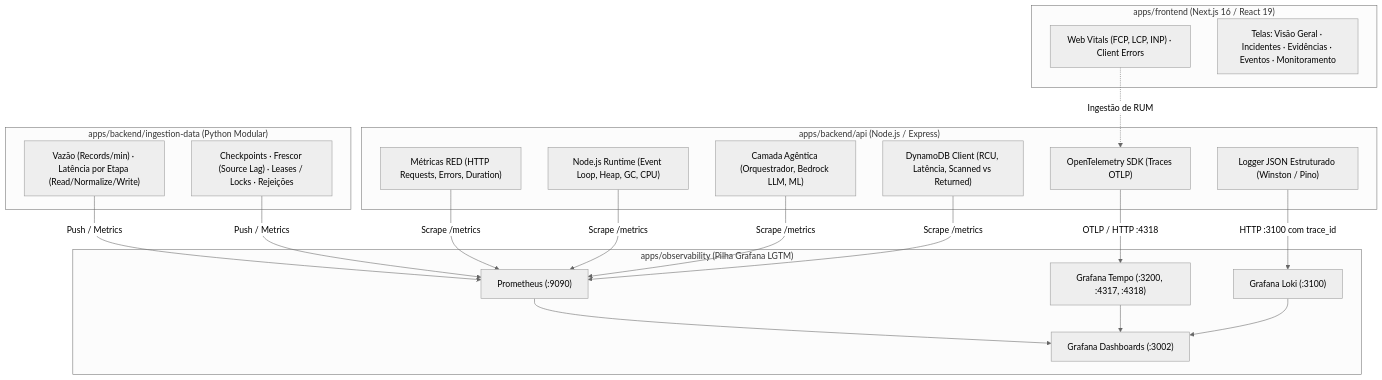
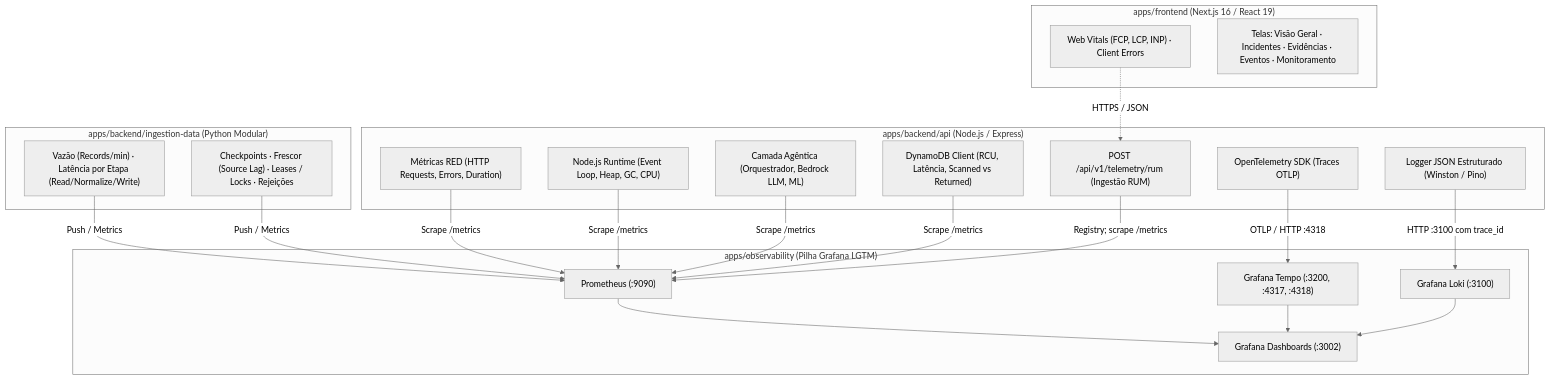
Before and after one commit to guedesrayssa/viewshow-ai-observability: the diagram in artefatos/sprint3/mapeamento-metricas-observabilidade.md, drawn with Mermaid (neutral theme). The commit also changed other lines of this file and 2 other files, not shown here.

Commit message:
docs(observability): detalha coleta RUM e limites do Bedrock

````diff
--- a/artefatos/sprint3/mapeamento-metricas-observabilidade.md
+++ b/artefatos/sprint3/mapeamento-metricas-observabilidade.md
@@ -104,43 +104,45 @@
 ```mermaid
 flowchart TD
     subgraph FRONTEND["apps/frontend (Next.js 16 / React 19)"]
         FE_RUM["Web Vitals (FCP, LCP, INP) · Client Errors"]
         FE_VIEWS["Telas: Visão Geral · Incidentes · Evidências · Eventos · Monitoramento"]
     end
 
     subgraph BACKEND_API["apps/backend/api (Node.js / Express)"]
         API_RED["Métricas RED (HTTP Requests, Errors, Duration)"]
         API_RUNTIME["Node.js Runtime (Event Loop, Heap, GC, CPU)"]
         API_AGENT["Camada Agêntica (Orquestrador, Bedrock LLM, ML)"]
         API_DB["DynamoDB Client (RCU, Latência, Scanned vs Returned)"]
+        API_RUM["POST /api/v1/telemetry/rum (Ingestão RUM)"]
         API_OTEL["OpenTelemetry SDK (Traces OTLP)"]
         API_LOGS["Logger JSON Estruturado (Winston / Pino)"]
     end
 
     subgraph INGESTION["apps/backend/ingestion-data (Python Modular)"]
         ING_METRICS["Vazão (Records/min) · Latência por Etapa (Read/Normalize/Write)"]
         ING_HEALTH["Checkpoints · Frescor (Source Lag) · Leases / Locks · Rejeições"]
     end
 
     subgraph OBS["apps/observability (Pilha Grafana LGTM)"]
         PROM["Prometheus (:9090)"]
         TEMPO["Grafana Tempo (:3200, :4317, :4318)"]
         LOKI["Grafana Loki (:3100)"]
         GRAFANA["Grafana Dashboards (:3002)"]
     end
 
     API_RED -->|Scrape /metrics| PROM
     API_RUNTIME -->|Scrape /metrics| PROM
     API_AGENT -->|Scrape /metrics| PROM
     API_DB -->|Scrape /metrics| PROM
+    API_RUM -->|Registry; scrape /metrics| PROM
     ING_METRICS -->|Push / Metrics| PROM
     ING_HEALTH -->|Push / Metrics| PROM
 
     API_OTEL -->|OTLP / HTTP :4318| TEMPO
     API_LOGS -->|HTTP :3100 com trace_id| LOKI
-    FE_RUM -.->|Ingestão de RUM| API_OTEL
+    FE_RUM -.->|HTTPS / JSON| API_RUM
 
     PROM --> GRAFANA
     TEMPO --> GRAFANA
     LOKI --> GRAFANA
 ```
````
